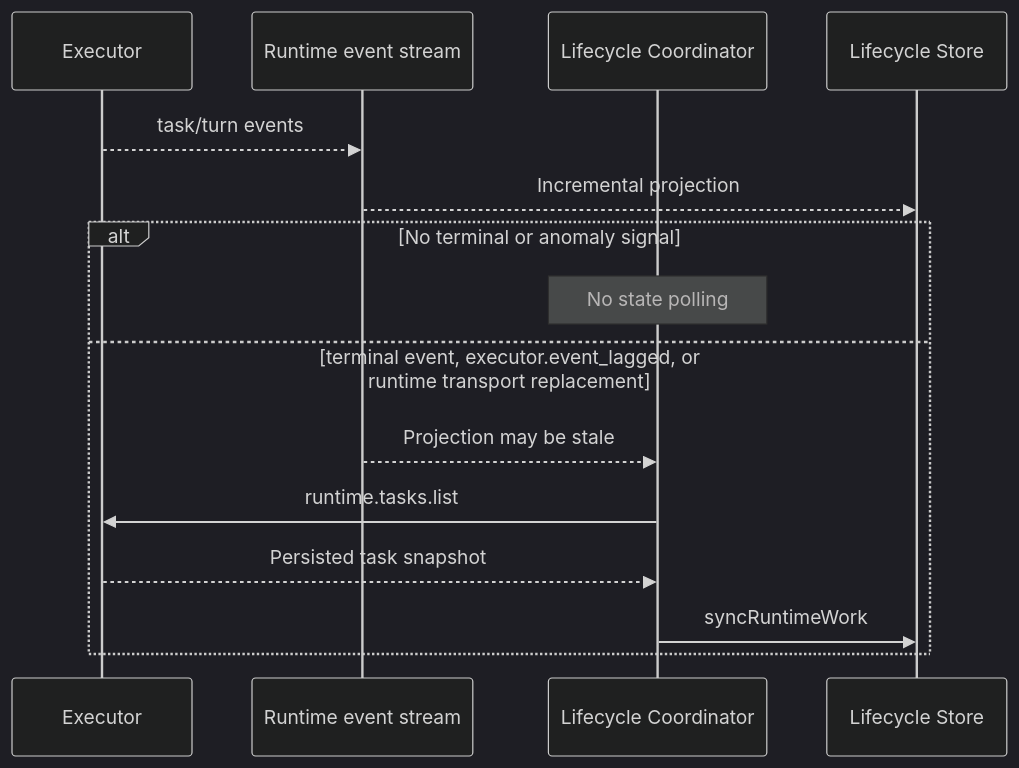
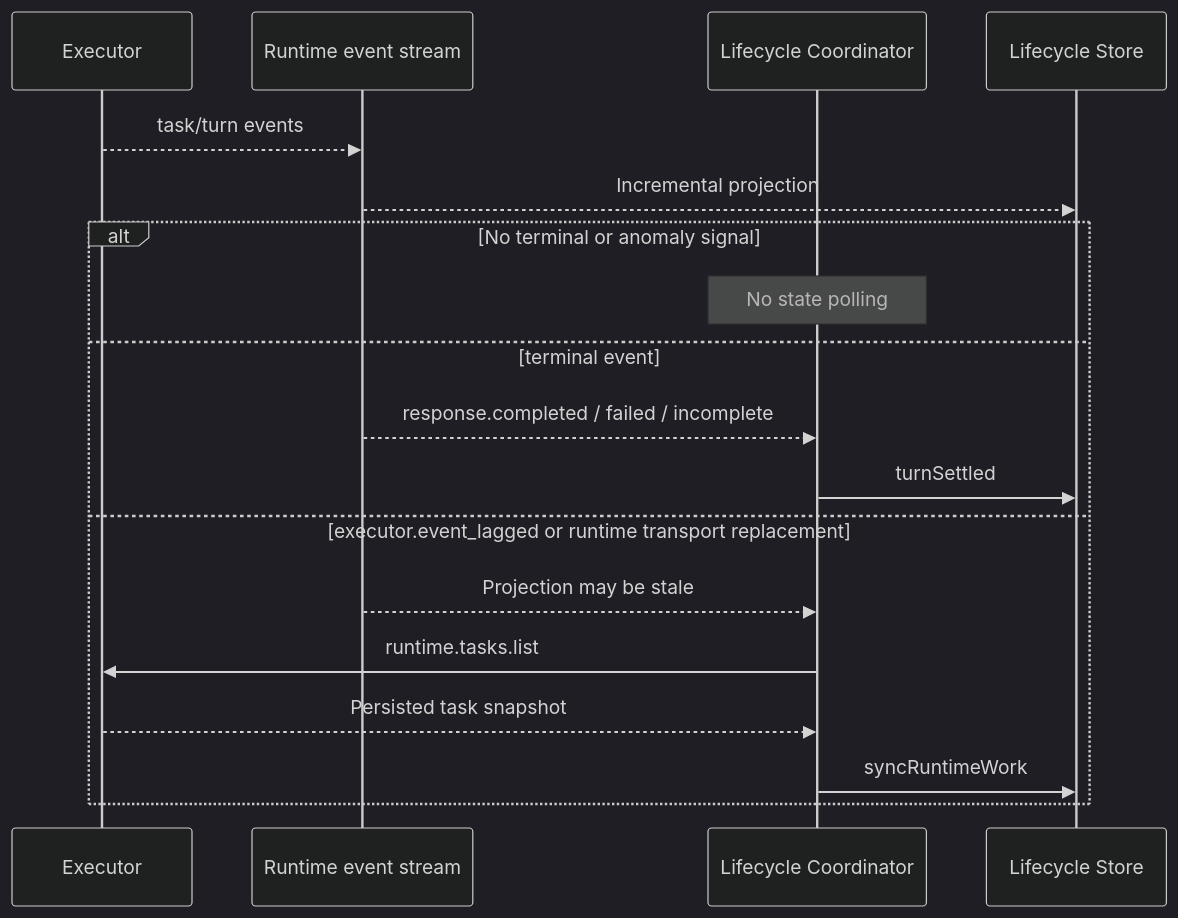
Before and after one commit to wecode-ai/Wegent: the second of 2 diagrams in docs/en/architecture/runtime-task-lifecycle-reconciliation.md, drawn with Mermaid (dark theme). The commit also changed other lines of this file and 5 other files, not shown here.

````diff
--- a/docs/en/architecture/runtime-task-lifecycle-reconciliation.md
+++ b/docs/en/architecture/runtime-task-lifecycle-reconciliation.md
@@ -26,18 +28,21 @@
 ```mermaid
 sequenceDiagram
     participant E as Executor
     participant S as Runtime event stream
     participant C as Lifecycle Coordinator
     participant L as Lifecycle Store
 
     E-->>S: task/turn events
     S-->>L: Incremental projection
     alt No terminal or anomaly signal
         Note over C: No state polling
-    else terminal event, executor.event_lagged, or runtime transport replacement
+    else terminal event
+        S-->>C: response.completed / failed / incomplete
+        C->>L: turnSettled
+    else executor.event_lagged or runtime transport replacement
         S-->>C: Projection may be stale
         C->>E: runtime.tasks.list
         E-->>C: Persisted task snapshot
         C->>L: syncRuntimeWork
     end
 ```
````
